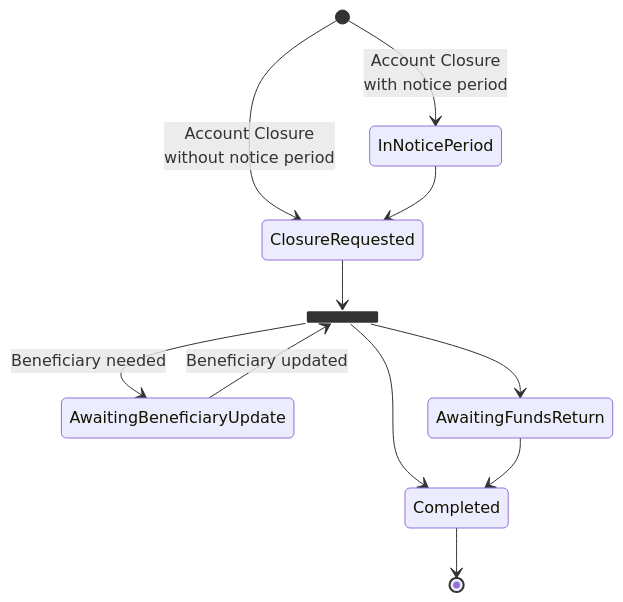
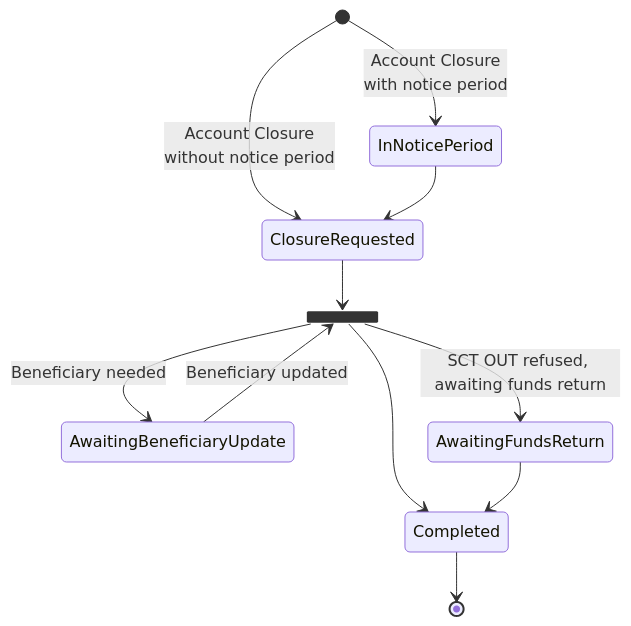
One commit to pomme-clic/s-money-documentation changed the second of 5 diagrams in docs/usecases/accounts/AccountClosure-v2.md. Above: the diagram before and after it, drawn with Mermaid. The commit also changed other lines of this file, not shown here.

````diff
--- a/docs/usecases/accounts/AccountClosure-v2.md
+++ b/docs/usecases/accounts/AccountClosure-v2.md
@@ -35,17 +36,17 @@
 ```mermaid
 stateDiagram
 
 state fork_state <<fork>>
 
-[*]	--> InNoticePeriod: Account Closure <br/> with notice period
+[*] --> InNoticePeriod: Account Closure <br/> with notice period
 [*] --> ClosureRequested: Account Closure <br/> without notice period
 InNoticePeriod --> ClosureRequested
 
 ClosureRequested --> fork_state
 fork_state --> Completed
 fork_state --> AwaitingBeneficiaryUpdate: Beneficiary needed
 AwaitingBeneficiaryUpdate --> fork_state: Beneficiary updated
-fork_state --> AwaitingFundsReturn
+fork_state --> AwaitingFundsReturn: SCT OUT refused, awaiting funds return
 AwaitingFundsReturn --> Completed
 Completed --> [*]
 ```
````
